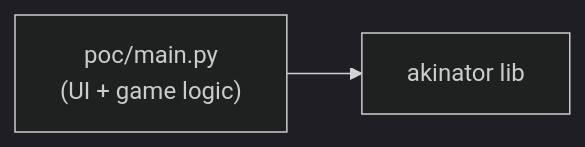
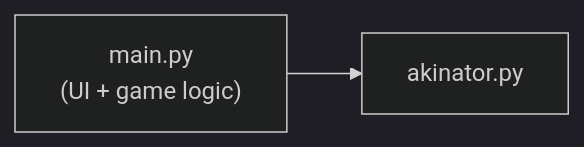
One commit to yamcodes/akin changed the first of 4 diagrams in README.md. Above: the diagram before and after it, drawn with Mermaid (dark theme). The commit also changed other lines of this file and 1 other file, not shown here.

````diff
--- a/README.md
+++ b/README.md
@@ -58,4 +58,4 @@
 ```mermaid
 graph LR
-    poc["poc/main.py<br/>(UI + game logic)"] --> lib["akinator lib"]
+    poc["main.py<br/>(UI + game logic)"] --> lib["akinator.py"]
 ```
````
